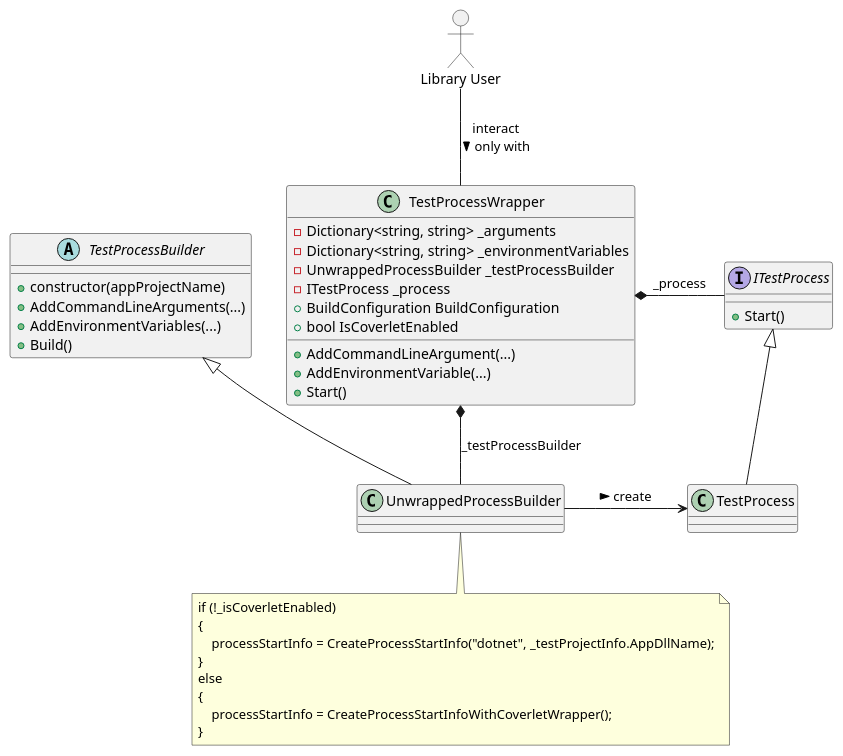
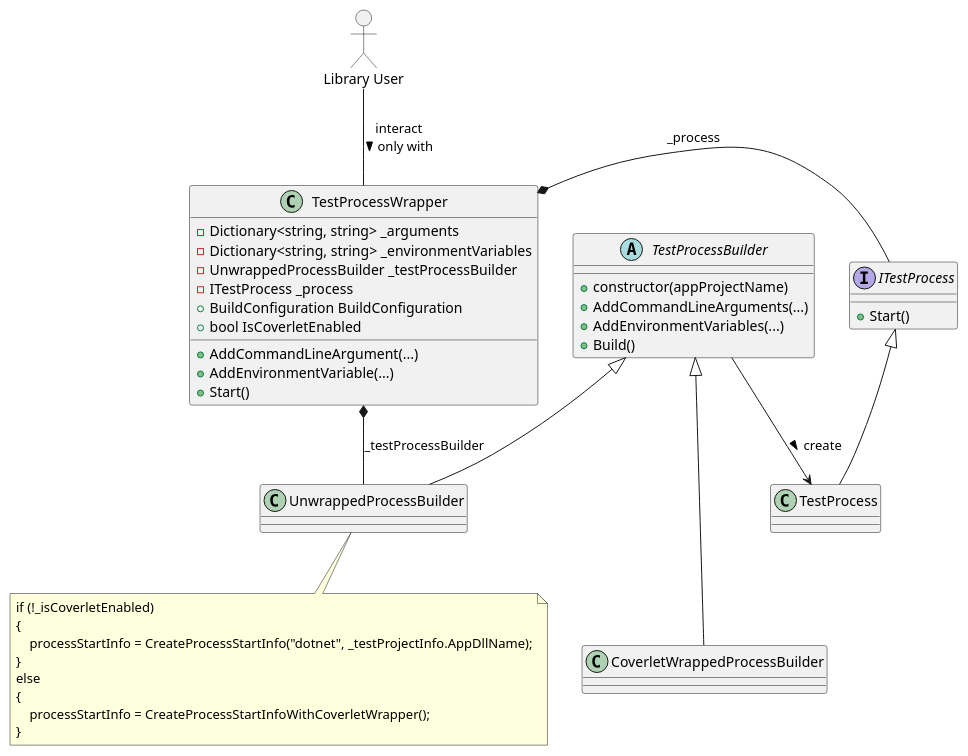
Before and after one commit to wonderbird/TestProcessWrapper: the diagram in docs/current_create_process.puml, drawn with PlantUML. The commit also changed 3 other files, not shown here.

Commit message:
refactor: copy UnwrappedProcessBuilder to CoverletWrappedProcessBuilder

```diff
--- a/docs/current_create_process.puml
+++ b/docs/current_create_process.puml
@@ -1,54 +1,57 @@
 @startuml
 allowmixing
 
 actor "Library User" as user
 
 class "TestProcessWrapper" as wrapper {
   - Dictionary<string, string> _arguments
   - Dictionary<string, string> _environmentVariables
   - UnwrappedProcessBuilder _testProcessBuilder
   - ITestProcess _process
   + BuildConfiguration BuildConfiguration
   + bool IsCoverletEnabled
 
   + AddCommandLineArgument(...)
   + AddEnvironmentVariable(...)
   + Start()
 }
 
 user -- wrapper : interact\nonly with >
 
 abstract class "TestProcessBuilder" as new_builder {
   + constructor(appProjectName)
   + AddCommandLineArguments(...)
   + AddEnvironmentVariables(...)
   + Build()
 }
 
 class "UnwrappedProcessBuilder" as builder
 new_builder <|-- builder
 
 wrapper *-- builder : _testProcessBuilder
 
+class "CoverletWrappedProcessBuilder" as coverlet_builder
+new_builder <|--- coverlet_builder
+
 interface "ITestProcess" as process_if {
   + Start()
 }
 
 wrapper *- process_if : _process
 
 class "TestProcess" as process
 process_if <|-- process
 
-builder -> process : create >
+new_builder -> process : create >
 
 note bottom of builder
 if (!_isCoverletEnabled)
 {
     processStartInfo = CreateProcessStartInfo("dotnet", _testProjectInfo.AppDllName);
 }
 else
 {
     processStartInfo = CreateProcessStartInfoWithCoverletWrapper();
 }
 end note
 @enduml
```
